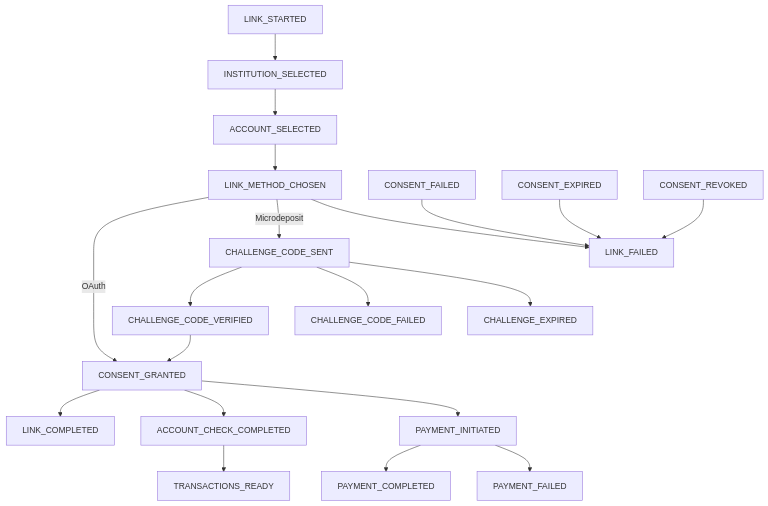
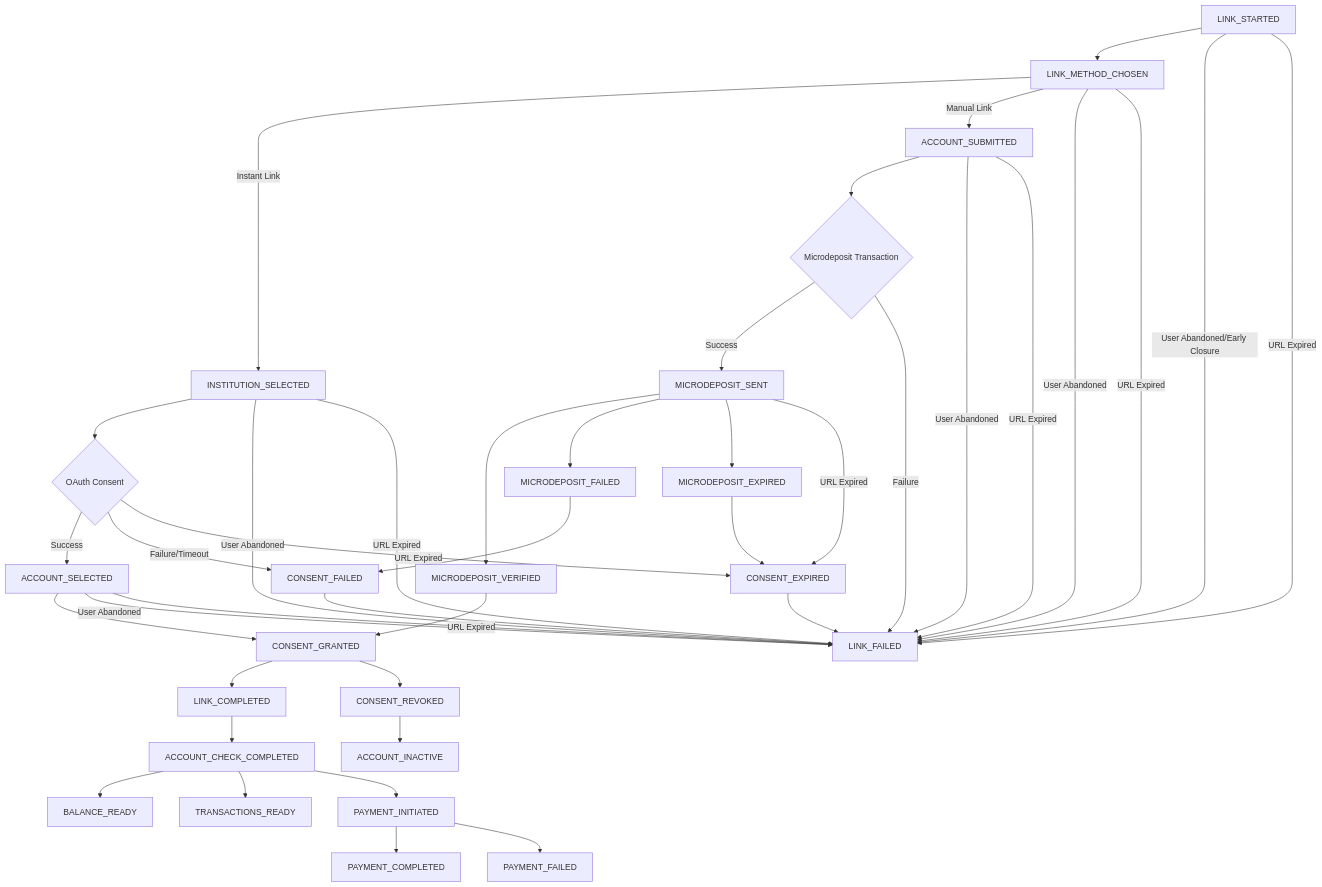
Before and after one commit to ByungkwonJeon/load-jar-dynamically: the diagram in Document/webhook-lifecycle-mapping-updated.md, drawn with Mermaid. The commit also changed other lines of this file, not shown here.

````diff
--- a/Document/webhook-lifecycle-mapping-updated.md
+++ b/Document/webhook-lifecycle-mapping-updated.md
@@ -55,36 +1,64 @@
 ```mermaid
 graph TD
-  A[LINK_STARTED]
-  B[INSTITUTION_SELECTED]
-  C[ACCOUNT_SELECTED]
-  D[LINK_METHOD_CHOSEN]
-  E1[CONSENT_GRANTED]
-  E2[CONSENT_FAILED]
-  E3[CONSENT_EXPIRED]
-  E4[CONSENT_REVOKED]
-  F1[CHALLENGE_CODE_SENT]
-  F2[CHALLENGE_CODE_VERIFIED]
-  F3[CHALLENGE_CODE_FAILED]
-  F4[CHALLENGE_EXPIRED]
-  G[LINK_COMPLETED]
-  H[LINK_FAILED]
-  I[ACCOUNT_CHECK_COMPLETED]
-  J[TRANSACTIONS_READY]
-  K1[PAYMENT_INITIATED]
-  K2[PAYMENT_COMPLETED]
-  K3[PAYMENT_FAILED]
 
-  A --> B --> C --> D
-  D -->|OAuth| E1
-  D -->|Microdeposit| F1 --> F2 --> E1
-  F1 --> F3
-  F1 --> F4
-  E1 --> G
-  D --> H
-  E1 --> I --> J
-  E1 --> K1 --> K2
-  K1 --> K3
-  E2 --> H
-  E3 --> H
-  E4 --> H
-  ```
+%% Link initiation flow
+LINK_STARTED[LINK_STARTED] --> LINK_METHOD_CHOSEN[LINK_METHOD_CHOSEN]
+
+%% Instant Link Flow (Tink/Finicity OpenBank)
+LINK_METHOD_CHOSEN -- Instant Link --> INSTITUTION_SELECTED[INSTITUTION_SELECTED]
+INSTITUTION_SELECTED --> OAuthConsent{OAuth Consent}
+OAuthConsent -- Success --> ACCOUNT_SELECTED[ACCOUNT_SELECTED]
+OAuthConsent -- Failure/Timeout --> CONSENT_FAILED[CONSENT_FAILED]
+ACCOUNT_SELECTED --> CONSENT_GRANTED[CONSENT_GRANTED]
+
+%% Manual microdeposit flow
+LINK_METHOD_CHOSEN -- Manual Link --> ACCOUNT_SUBMITTED[ACCOUNT_SUBMITTED]
+ACCOUNT_SUBMITTED --> MICRODEPOSIT_TRANSACTION{Microdeposit Transaction}
+MICRODEPOSIT_TRANSACTION -- Success --> MICRODEPOSIT_SENT[MICRODEPOSIT_SENT]
+MICRODEPOSIT_TRANSACTION -- Failure --> LINK_FAILED[LINK_FAILED]
+MICRODEPOSIT_SENT --> MICRODEPOSIT_VERIFIED[MICRODEPOSIT_VERIFIED]
+MICRODEPOSIT_SENT --> MICRODEPOSIT_FAILED[MICRODEPOSIT_FAILED]
+MICRODEPOSIT_SENT --> MICRODEPOSIT_EXPIRED[MICRODEPOSIT_EXPIRED]
+MICRODEPOSIT_VERIFIED --> CONSENT_GRANTED
+MICRODEPOSIT_FAILED --> CONSENT_FAILED
+MICRODEPOSIT_EXPIRED --> CONSENT_EXPIRED[CONSENT_EXPIRED]
+
+%% Consent events
+CONSENT_GRANTED --> LINK_COMPLETED[LINK_COMPLETED]
+CONSENT_FAILED --> LINK_FAILED
+CONSENT_EXPIRED --> LINK_FAILED
+
+%% Link abandonment
+LINK_STARTED -- User Abandoned/Early Closure --> LINK_FAILED
+LINK_METHOD_CHOSEN -- User Abandoned --> LINK_FAILED
+INSTITUTION_SELECTED -- User Abandoned --> LINK_FAILED
+ACCOUNT_SELECTED -- User Abandoned --> LINK_FAILED
+ACCOUNT_SUBMITTED -- User Abandoned --> LINK_FAILED
+
+%% Consent Link URL Expired
+LINK_STARTED -- URL Expired --> LINK_FAILED
+LINK_METHOD_CHOSEN -- URL Expired --> LINK_FAILED
+INSTITUTION_SELECTED -- URL Expired --> LINK_FAILED
+ACCOUNT_SELECTED -- URL Expired --> LINK_FAILED
+ACCOUNT_SUBMITTED -- URL Expired --> LINK_FAILED
+MICRODEPOSIT_SENT -- URL Expired --> CONSENT_EXPIRED
+OAuthConsent -- URL Expired --> CONSENT_EXPIRED
+
+%% Consent revoked after completion
+CONSENT_GRANTED --> CONSENT_REVOKED[CONSENT_REVOKED]
+CONSENT_REVOKED --> ACCOUNT_INACTIVE[ACCOUNT_INACTIVE]
+
+%% Account validation and balance
+LINK_COMPLETED --> ACCOUNT_CHECK_COMPLETED[ACCOUNT_CHECK_COMPLETED]
+ACCOUNT_CHECK_COMPLETED --> BALANCE_READY[BALANCE_READY]
+
+%% Transactions
+ACCOUNT_CHECK_COMPLETED --> TRANSACTIONS_READY[TRANSACTIONS_READY]
+
+%% Payment flow
+ACCOUNT_CHECK_COMPLETED --> PAYMENT_INITIATED[PAYMENT_INITIATED]
+PAYMENT_INITIATED --> PAYMENT_COMPLETED[PAYMENT_COMPLETED]
+PAYMENT_INITIATED --> PAYMENT_FAILED[PAYMENT_FAILED]
+
+
+```
````
